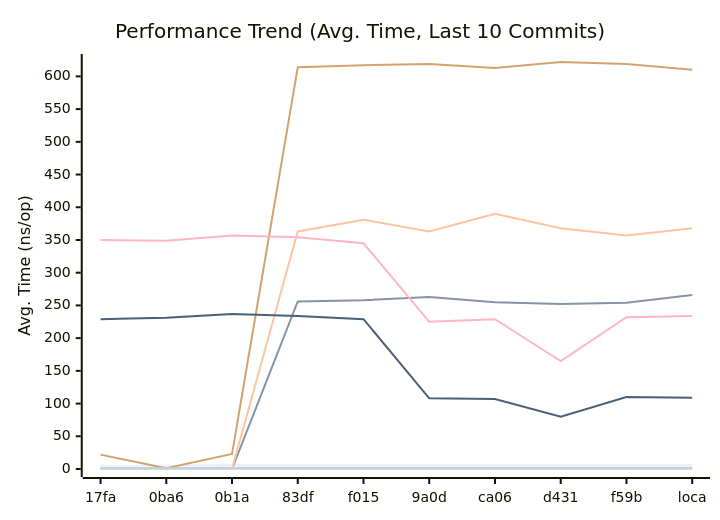
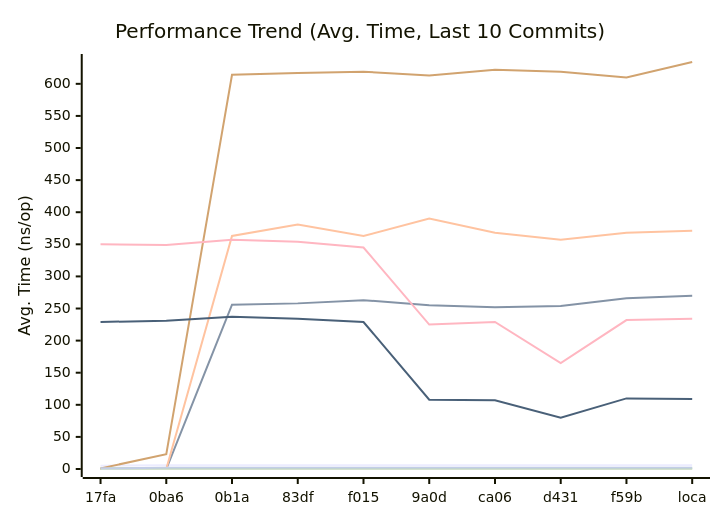
One commit to alsotoes/momo changed the first of 3 diagrams in docs/PERFORMANCE.md. Above: the diagram before and after it, drawn with Mermaid. The commit also changed other lines of this file and 2 other files, not shown here.

Commit message:
docs: create CRUSH.md detailing RADOS Ceph vs CRUSH-lite algorithms

````diff
--- a/docs/PERFORMANCE.md
+++ b/docs/PERFORMANCE.md
@@ -80,16 +80,16 @@
 ```mermaid
 xychart-beta
     title "Performance Trend (Avg. Time, Last 10 Commits)"
     x-axis "Commit"
     y-axis "Avg. Time (ns/op)"
     x-axis [17fa,0ba6,0b1a,83df,f015,9a0d,ca06,d431,f59b,loca]
-    line "CheckMetricsAndSwap" [5,5,6,6,6,6,6,6,6,6]
-    line "CrushOptimized" [0,0,0,256,258,263,255,252,254,266]
-    line "CrushOriginal" [0,0,0,363,381,363,390,368,357,368]
+    line "CheckMetricsAndSwap" [5,6,6,6,6,6,6,6,6,6]
+    line "CrushOptimized" [0,0,256,258,263,255,252,254,266,270]
+    line "CrushOriginal" [0,0,363,381,363,390,368,357,368,371]
     line "IndexDirectTracking" [0,0,0,0,0,0,0,0,0,0]
     line "IndexSearch" [1,1,1,1,1,1,1,1,1,1]
-    line "LoadGlobalConfig" [22,1,23,614,617,619,613,622,619,610]
-    line "PadString" [1,1,2,2,2,2,2,2,2,2]
+    line "LoadGlobalConfig" [1,23,614,617,619,613,622,619,610,634]
+    line "PadString" [1,2,2,2,2,2,2,2,2,2]
     line "ParseReplicationOrder_NoPrealloc" [350,349,357,354,345,225,229,165,232,234]
     line "ParseReplicationOrder_Prealloc" [229,231,237,234,229,108,107,80,110,109]
 ```
````
